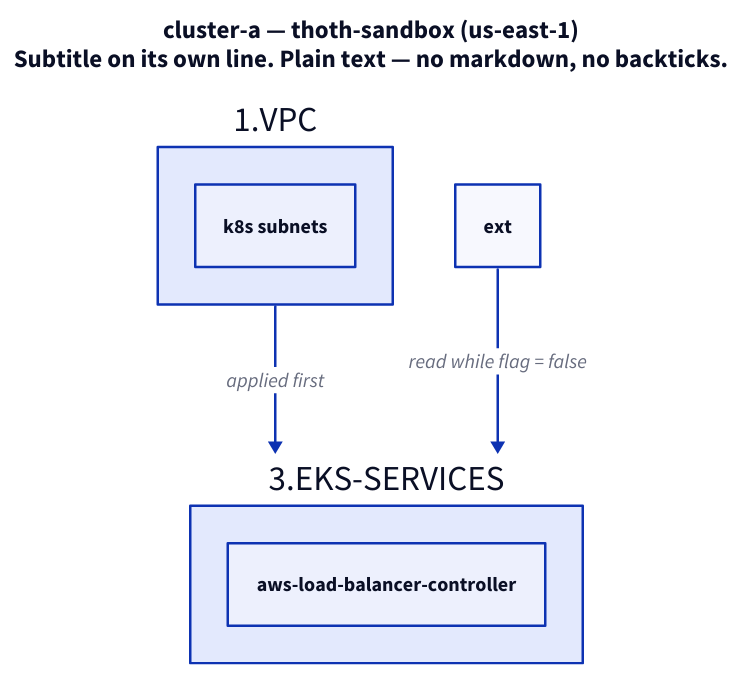
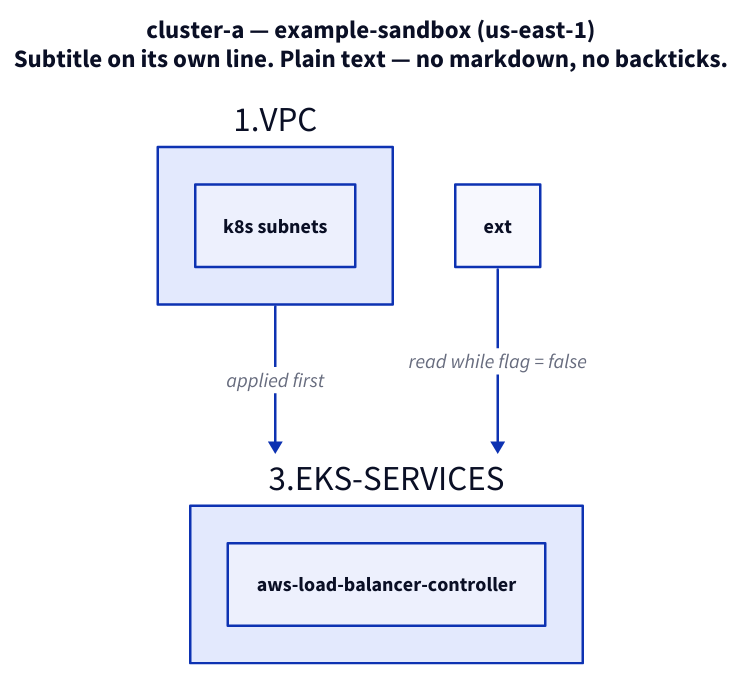
The third of 5 diagrams in skill/SKILL.md (vadbosh/d2-diagram), drawn with D2 before and after one commit. The commit also changed other lines of this file and 3 other files, not shown here.

````diff
--- a/skill/SKILL.md
+++ b/skill/SKILL.md
@@ -139,20 +139,20 @@
 ```d2
-title: "cluster-a — thoth-sandbox (us-east-1)\nSubtitle on its own line. Plain text — no markdown, no backticks." {
+title: "cluster-a — example-sandbox (us-east-1)\nSubtitle on its own line. Plain text — no markdown, no backticks." {
   shape: text
   near: top-center
   style: {font-size: 20; bold: true}
 }
 
 vpc: "1.VPC" {
   class: base
   sub: k8s subnets {class: comp}
 }
 
 svc: "3.EKS-SERVICES" {
   class: layer
   alb: aws-load-balancer-controller {class: comp}
 }
 
 vpc -> svc: applied first {class: dep}
 ext -> svc: read while flag = false {class: read}
 ```
````
